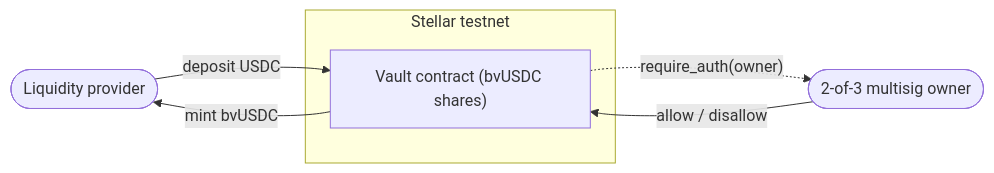
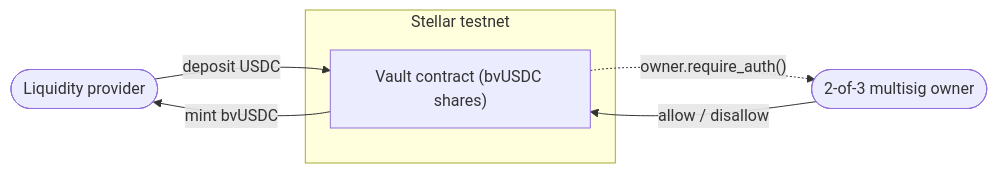
The diagram in README.md (BootNodeDev/stellar-vault-demo-dapp), drawn with Mermaid before and after one commit. The commit also changed other lines of this file, not shown here.

Commit message:
docs: address Copilot review — drop 'yield', fix require_auth API shape, add USDC SAC

````diff
--- a/README.md
+++ b/README.md
@@ -22,12 +22,12 @@
 ```mermaid
 flowchart LR
   LP([Liquidity provider])
   Gov([2-of-3 multisig owner])
   subgraph chain[Stellar testnet]
     Vault["Vault contract (bvUSDC shares)"]
   end
   LP -- deposit USDC --> Vault
   Vault -- mint bvUSDC --> LP
   Gov -- allow / disallow --> Vault
-  Vault -. require_auth(owner) .-> Gov
+  Vault -. "owner.require_auth()" .-> Gov
 ```
````
